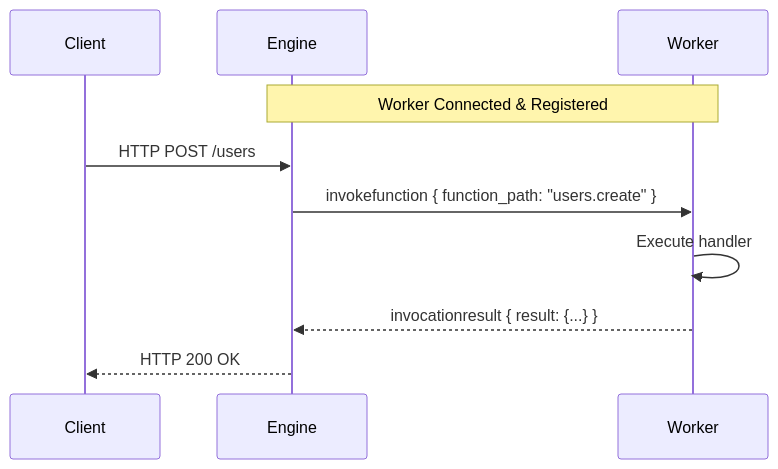
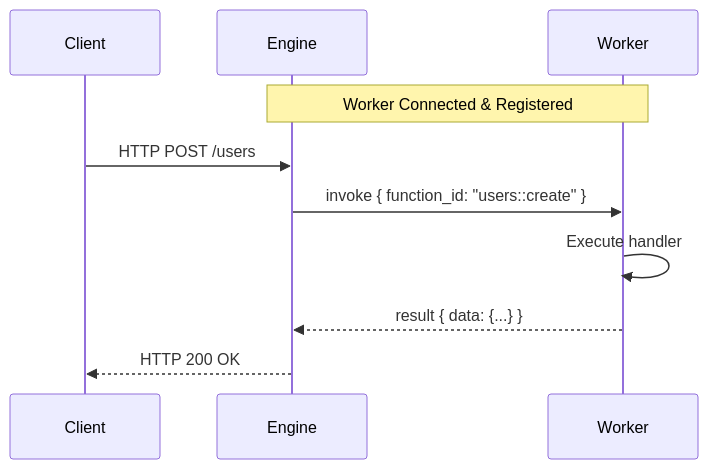
The second of 3 diagrams in content/workers.mdx (iii-hq/docs), drawn with Mermaid before and after one commit. The commit also changed other lines of this file and 4 other files, not shown here.

````diff
--- a/content/workers.mdx
+++ b/content/workers.mdx
@@ -73,14 +73,14 @@
 ```mermaid
 sequenceDiagram
     participant C as Client
     participant E as Engine
     participant W as Worker
 
     Note over W,E: Worker Connected & Registered
 
     C->>E: HTTP POST /users
-    E->>W: invokefunction { function_path: "users.create" }
+    E->>W: invoke { function_id: "users::create" }
     W->>W: Execute handler
-    W-->>E: invocationresult { result: {...} }
+    W-->>E: result { data: {...} }
     E-->>C: HTTP 200 OK
 ```
````
